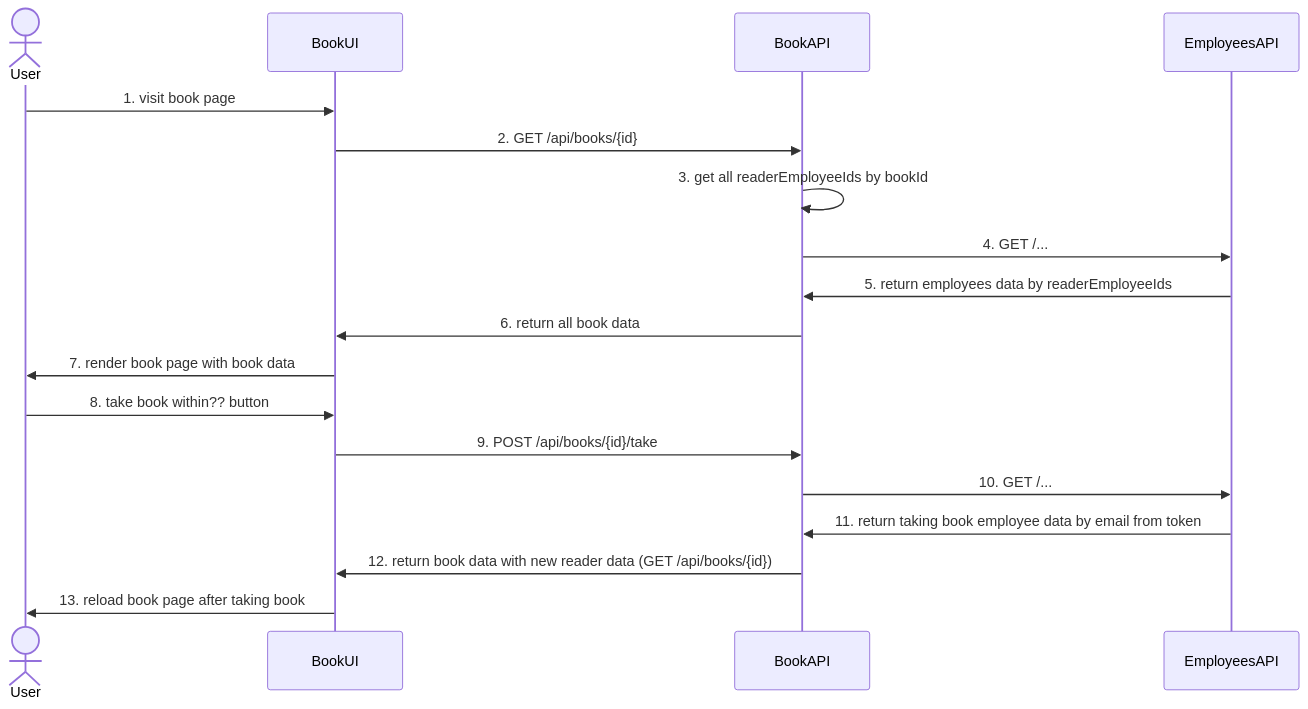
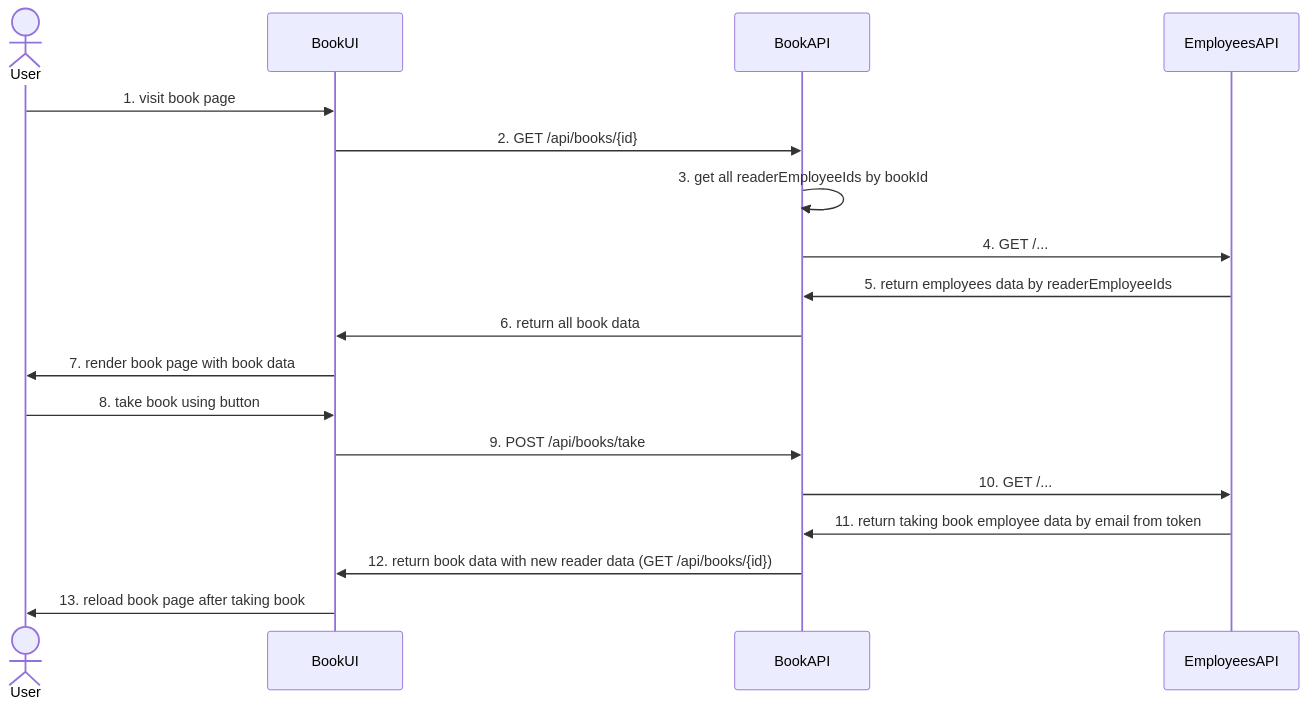
The diagram in books-api/Take Book Contract.md (TourmalineCore/inner-circle-documentation), drawn with Mermaid before and after one commit. The commit also changed other lines of this file and 1 other file, not shown here.

````diff
--- a/books-api/Take Book Contract.md
+++ b/books-api/Take Book Contract.md
@@ -83,23 +84,23 @@
 ```mermaid
 sequenceDiagram
     actor User
     participant BookUI
     participant BookAPI
     participant EmployeesAPI
 
     User->>BookUI: 1. visit book page
     BookUI->>BookAPI: 2. GET /api/books/{id}
     BookAPI->>BookAPI: 3. get all readerEmployeeIds by bookId
     BookAPI->>EmployeesAPI: 4. GET /...
     EmployeesAPI->>BookAPI: 5. return employees data by readerEmployeeIds
     BookAPI->>BookUI: 6. return all book data
     BookUI->>User: 7. render book page with book data
-    User->>BookUI: 8. take book within?? button
-    BookUI->>BookAPI: 9. POST /api/books/{id}/take
+    User->>BookUI: 8. take book using button
+    BookUI->>BookAPI: 9. POST /api/books/take
 
     BookAPI->>EmployeesAPI: 10. GET /...
     EmployeesAPI->>BookAPI: 11. return taking book employee data by email from token
     
     BookAPI->>BookUI: 12. return book data with new reader data (GET /api/books/{id})
     BookUI->>User: 13. reload book page after taking book
 ```
````
